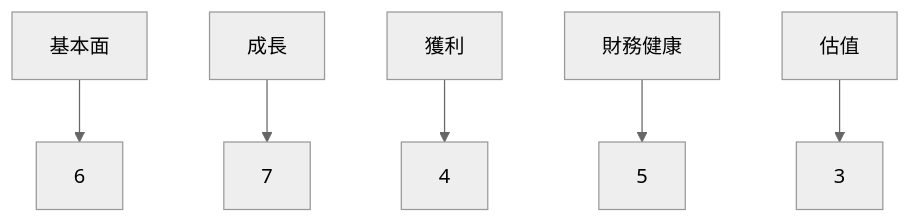
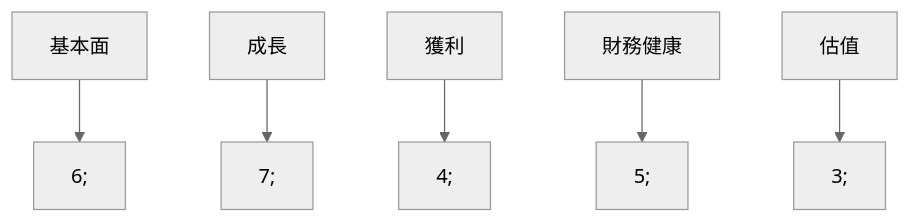
The first of 11 diagrams in ai_gen_report/stock/pl/fundamental_analysis_2026-03-27_openai.md (yennanliu/finance_data), drawn with Mermaid (neutral theme) before and after one commit. The commit also changed other lines of this file and 2258 other files, not shown here.

First line of the commit message:
chore: backfill Mermaid syntax repair across existing reports

````diff
--- a/ai_gen_report/stock/pl/fundamental_analysis_2026-03-27_openai.md
+++ b/ai_gen_report/stock/pl/fundamental_analysis_2026-03-27_openai.md
@@ -30,8 +30,8 @@
 ```mermaid
 graph TD;
-    基本面-->6;
-    成長-->7;
-    獲利-->4;
-    財務健康-->5;
-    估值-->3;
+    基本面 --> nb1["6;"]
+    成長 --> nb2["7;"]
+    獲利 --> nb3["4;"]
+    財務健康 --> nb4["5;"]
+    估值 --> nb5["3;"]
 ```
````
